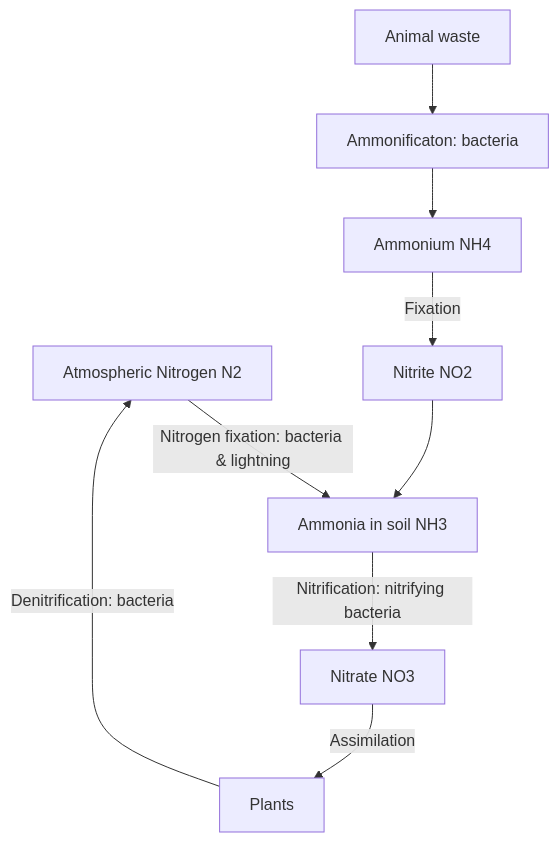
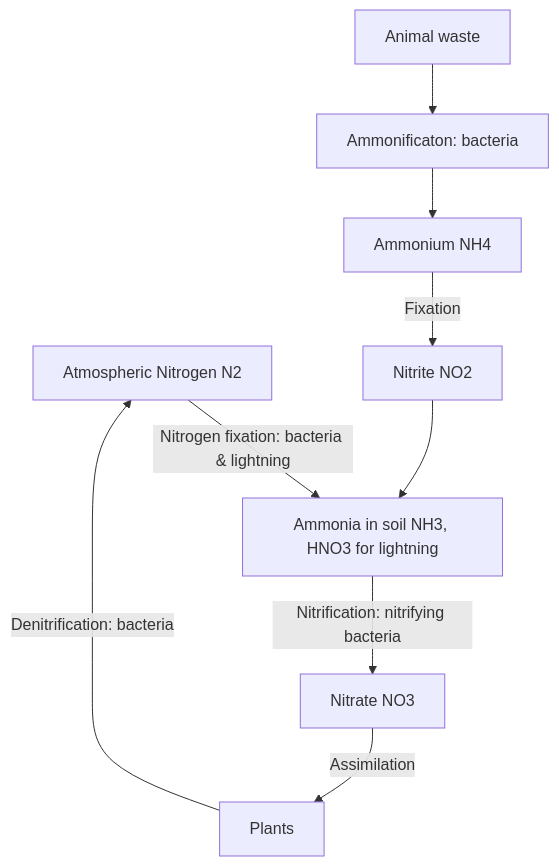
The diagram in docs/Nitrogen Cycle.md (samuellihn/obsidian-freeview), drawn with Mermaid before and after one commit. The commit also changed 1233 other files, not shown here.

````diff
--- a/docs/Nitrogen Cycle.md
+++ b/docs/Nitrogen Cycle.md
@@ -10,5 +10,5 @@
 ```mermaid
 graph TD
-	A[Atmospheric Nitrogen N2]--Nitrogen fixation: bacteria & lightning-->B[Ammonia in soil NH3]--Nitrification: nitrifying bacteria-->D[Nitrate NO3]--Assimilation-->E[Plants]--Denitrification: bacteria-->A
+	A[Atmospheric Nitrogen N2]--Nitrogen fixation: bacteria & lightning-->B[Ammonia in soil NH3, HNO3 for lightning]--Nitrification: nitrifying bacteria-->D[Nitrate NO3]--Assimilation-->E[Plants]--Denitrification: bacteria-->A
 	AA[Animal waste]-->AB[Ammonificaton: bacteria]-->AC[Ammonium NH4]--Fixation-->AD[Nitrite NO2]-->B
 ```
````
